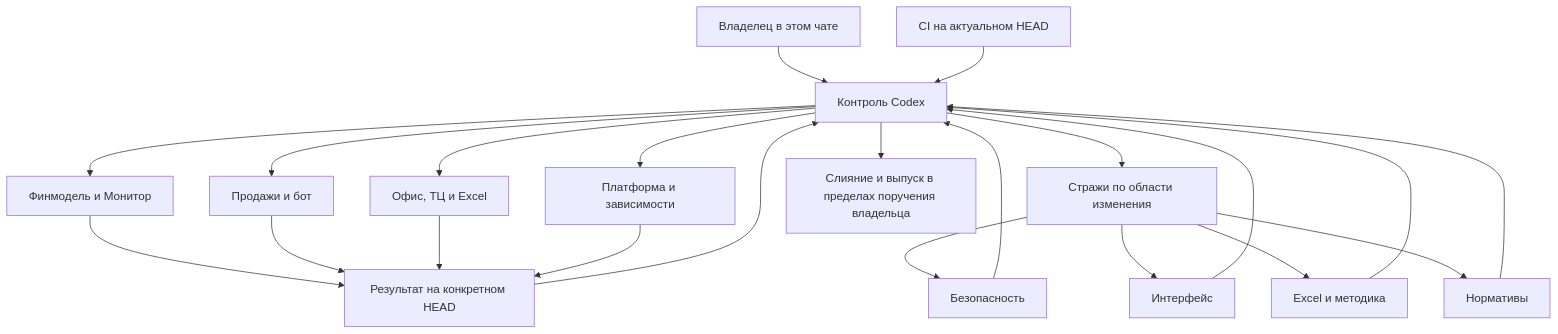
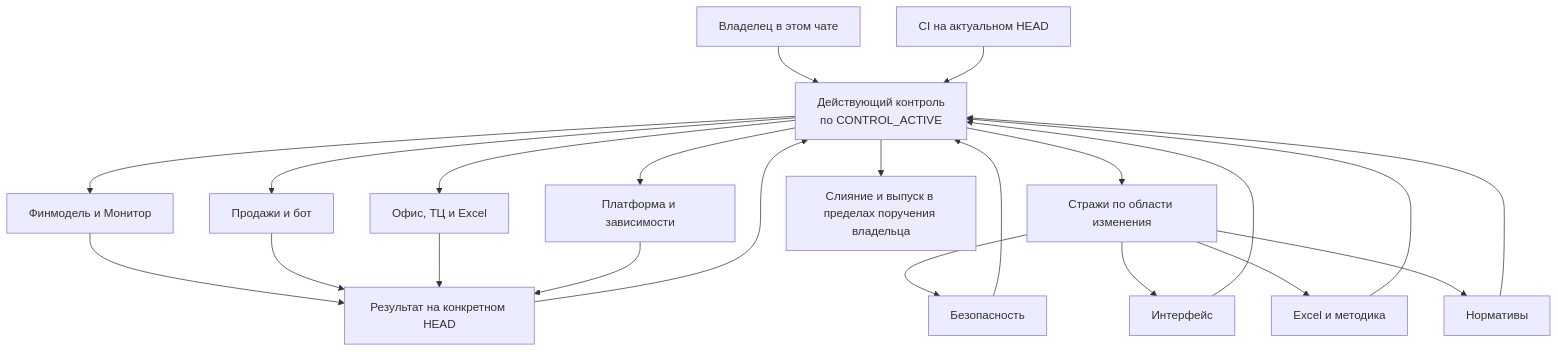
Before and after one commit to warstyle-plato/plato: the diagram in docs/work_sessions/README.md, drawn with Mermaid. The commit also changed other lines of this file and 16 other files, not shown here.

First line of the commit message:
Контроль: один действующий, Codex активен, второй поставщик — резерв (#1026)

````diff
--- a/docs/work_sessions/README.md
+++ b/docs/work_sessions/README.md
@@ -12,24 +15,24 @@
 ```mermaid
 flowchart TB
-    U[Владелец в этом чате] --> C[Контроль Codex]
+    U[Владелец в этом чате] --> C[Действующий контроль<br/>по CONTROL_ACTIVE]
     C --> F[Финмодель и Монитор]
     C --> S[Продажи и бот]
     C --> B[Офис, ТЦ и Excel]
     C --> P[Платформа и зависимости]
     F --> R[Результат на конкретном HEAD]
     S --> R
     B --> R
     P --> R
     C --> G[Стражи по области изменения]
     G --> G1[Безопасность]
     G --> G2[Интерфейс]
     G --> G3[Excel и методика]
     G --> G4[Нормативы]
     R --> C
     G1 --> C
     G2 --> C
     G3 --> C
     G4 --> C
     CI[CI на актуальном HEAD] --> C
     C --> D[Слияние и выпуск в пределах поручения владельца]
 ```
````
